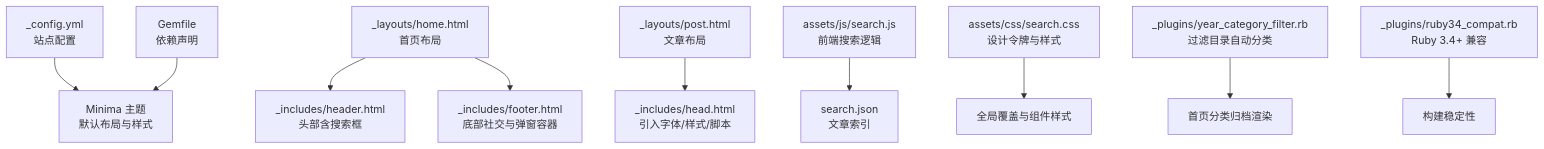
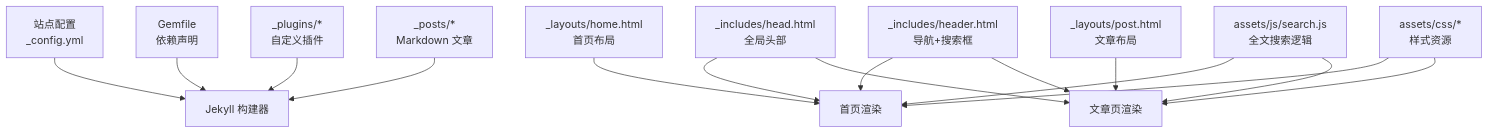
One commit to LZC6244/lzc6244.github.io changed the first of 7 diagrams in .qoder/repowiki/zh/content/项目概述.md. Above: the diagram before and after it, drawn with Mermaid. The commit also changed other lines of this file and 104 other files, not shown here.

````diff
--- a/.qoder/repowiki/zh/content/项目概述.md
+++ b/.qoder/repowiki/zh/content/项目概述.md
@@ -46,12 +52,17 @@
 ```mermaid
 graph TB
-A["_config.yml<br/>站点配置"] --> B["Minima 主题<br/>默认布局与样式"]
+A["站点配置<br/>_config.yml"] --> B["Jekyll 构建器"]
 C["Gemfile<br/>依赖声明"] --> B
-D["_layouts/home.html<br/>首页布局"] --> E["_includes/header.html<br/>头部含搜索框"]
-D --> F["_includes/footer.html<br/>底部社交与弹窗容器"]
-G["_layouts/post.html<br/>文章布局"] --> H["_includes/head.html<br/>引入字体/样式/脚本"]
-I["assets/js/search.js<br/>前端搜索逻辑"] --> J["search.json<br/>文章索引"]
-K["assets/css/search.css<br/>设计令牌与样式"] --> L["全局覆盖与组件样式"]
-M["_plugins/year_category_filter.rb<br/>过滤目录自动分类"] --> N["首页分类归档渲染"]
-O["_plugins/ruby34_compat.rb<br/>Ruby 3.4+ 兼容"] --> P["构建稳定性"]
+D["_layouts/home.html<br/>首页布局"] --> E["首页渲染"]
+F["_layouts/post.html<br/>文章布局"] --> G["文章页渲染"]
+H["_includes/head.html<br/>全局头部"] --> E
+H --> G
+I["_includes/header.html<br/>导航+搜索框"] --> E
+I --> G
+J["assets/js/search.js<br/>全文搜索逻辑"] --> E
+J --> G
+K["_plugins/*<br/>自定义插件"] --> B
+L["_posts/*<br/>Markdown 文章"] --> B
+M["assets/css/*<br/>样式资源"] --> E
+M --> G
 ```
````
